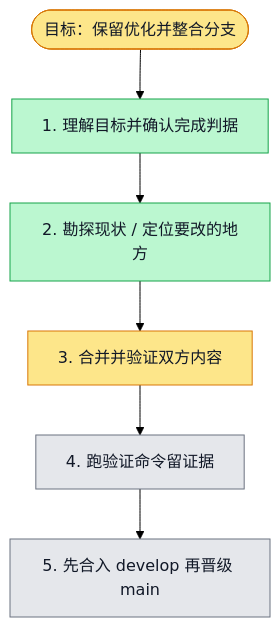
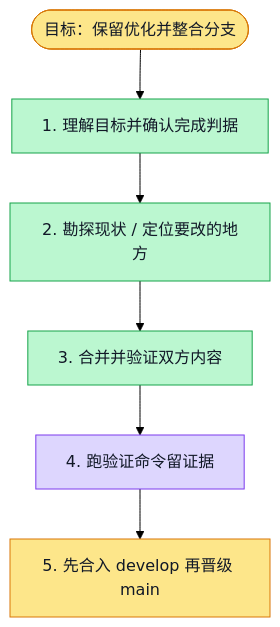
Before and after one commit to boardx/workspacex: the diagram in docs/evidence/main-develop-preservation-5986/plan.md, drawn with Mermaid (forest theme). The commit also changed 4 other files, not shown here.

````diff
--- a/docs/evidence/main-develop-preservation-5986/plan.md
+++ b/docs/evidence/main-develop-preservation-5986/plan.md
@@ -17,24 +17,25 @@
 ```mermaid
 flowchart TD
   G([目标：保留优化并整合分支])
   S1[1. 理解目标并确认完成判据]
   S2[2. 勘探现状 / 定位要改的地方]
   S3[3. 合并并验证双方内容]
   S4[4. 跑验证命令留证据]
   S5[5. 先合入 develop 再晋级 main]
 
   G --> S1 --> S2 --> S3 --> S4 --> S5
 
   classDef todo fill:#e5e7eb,stroke:#6b7280,color:#111827
   classDef doing fill:#fde68a,stroke:#d97706,color:#111827
   classDef done fill:#bbf7d0,stroke:#16a34a,color:#111827
   classDef tested fill:#ddd6fe,stroke:#7c3aed,color:#111827
   classDef blocked fill:#fecaca,stroke:#dc2626,color:#111827
 
   class G doing
   class S1 done
   class S2 done
-  class S3 doing
-  class S4 todo
-  class S5 todo
+  class S3 done
+  class S4 tested
+  %% evidence S4: 180单测、用量fixture浏览器、图片真实浏览器1通过、Web typecheck/lint及提交内容审计通过；README与同目录日志
+  class S5 doing
 ```
````
